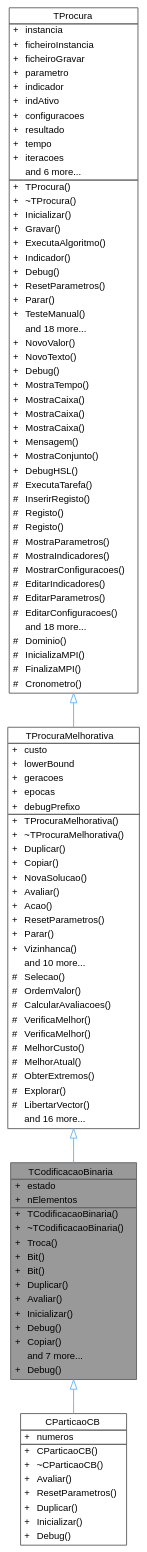
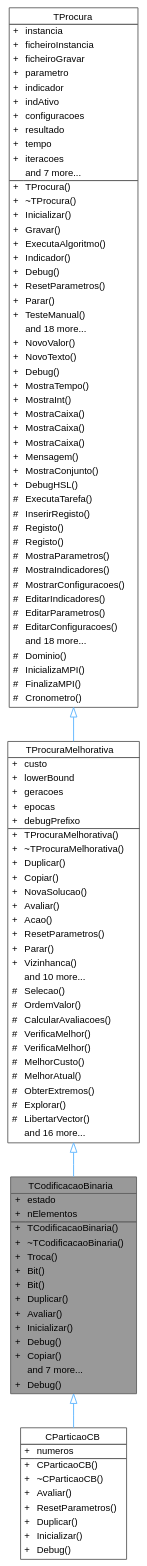
One commit to jcoelho72/TProcura changed the diagram in classTCodificacaoBinaria__inherit__graph.dot. Above: the diagram before and after it, drawn with Graphviz. The commit also changed 151 other files, not shown here.

```diff
--- a/classTCodificacaoBinaria__inherit__graph.dot
+++ b/classTCodificacaoBinaria__inherit__graph.dot
@@ -69,7 +69,7 @@
 <TR><TD VALIGN="top" CELLPADDING="1" CELLSPACING="0">+</TD><TD VALIGN="top" ALIGN="LEFT" CELLPADDING="1" CELLSPACING="0">resultado<BR ALIGN="LEFT"/></TD></TR>
 <TR><TD VALIGN="top" CELLPADDING="1" CELLSPACING="0">+</TD><TD VALIGN="top" ALIGN="LEFT" CELLPADDING="1" CELLSPACING="0">tempo<BR ALIGN="LEFT"/></TD></TR>
 <TR><TD VALIGN="top" CELLPADDING="1" CELLSPACING="0">+</TD><TD VALIGN="top" ALIGN="LEFT" CELLPADDING="1" CELLSPACING="0">iteracoes<BR ALIGN="LEFT"/></TD></TR>
-<TR><TD VALIGN="top" CELLPADDING="1" CELLSPACING="0"></TD><TD VALIGN="top" ALIGN="LEFT" CELLPADDING="1" CELLSPACING="0">and 6 more...</TD></TR>
+<TR><TD VALIGN="top" CELLPADDING="1" CELLSPACING="0"></TD><TD VALIGN="top" ALIGN="LEFT" CELLPADDING="1" CELLSPACING="0">and 7 more...</TD></TR>
 <HR/>
 <TR><TD VALIGN="top" CELLPADDING="1" CELLSPACING="0">+</TD><TD VALIGN="top" ALIGN="LEFT" CELLPADDING="1" CELLSPACING="0">TProcura()<BR ALIGN="LEFT"/></TD></TR>
 <TR><TD VALIGN="top" CELLPADDING="1" CELLSPACING="0">+</TD><TD VALIGN="top" ALIGN="LEFT" CELLPADDING="1" CELLSPACING="0">~TProcura()<BR ALIGN="LEFT"/></TD></TR>
@@ -86,6 +86,7 @@
 <TR><TD VALIGN="top" CELLPADDING="1" CELLSPACING="0">+</TD><TD VALIGN="top" ALIGN="LEFT" CELLPADDING="1" CELLSPACING="0">NovoTexto()<BR ALIGN="LEFT"/></TD></TR>
 <TR><TD VALIGN="top" CELLPADDING="1" CELLSPACING="0">+</TD><TD VALIGN="top" ALIGN="LEFT" CELLPADDING="1" CELLSPACING="0">Debug()<BR ALIGN="LEFT"/></TD></TR>
 <TR><TD VALIGN="top" CELLPADDING="1" CELLSPACING="0">+</TD><TD VALIGN="top" ALIGN="LEFT" CELLPADDING="1" CELLSPACING="0">MostraTempo()<BR ALIGN="LEFT"/></TD></TR>
+<TR><TD VALIGN="top" CELLPADDING="1" CELLSPACING="0">+</TD><TD VALIGN="top" ALIGN="LEFT" CELLPADDING="1" CELLSPACING="0">MostraInt()<BR ALIGN="LEFT"/></TD></TR>
 <TR><TD VALIGN="top" CELLPADDING="1" CELLSPACING="0">+</TD><TD VALIGN="top" ALIGN="LEFT" CELLPADDING="1" CELLSPACING="0">MostraCaixa()<BR ALIGN="LEFT"/></TD></TR>
 <TR><TD VALIGN="top" CELLPADDING="1" CELLSPACING="0">+</TD><TD VALIGN="top" ALIGN="LEFT" CELLPADDING="1" CELLSPACING="0">MostraCaixa()<BR ALIGN="LEFT"/></TD></TR>
 <TR><TD VALIGN="top" CELLPADDING="1" CELLSPACING="0">+</TD><TD VALIGN="top" ALIGN="LEFT" CELLPADDING="1" CELLSPACING="0">MostraCaixa()<BR ALIGN="LEFT"/></TD></TR>
```
